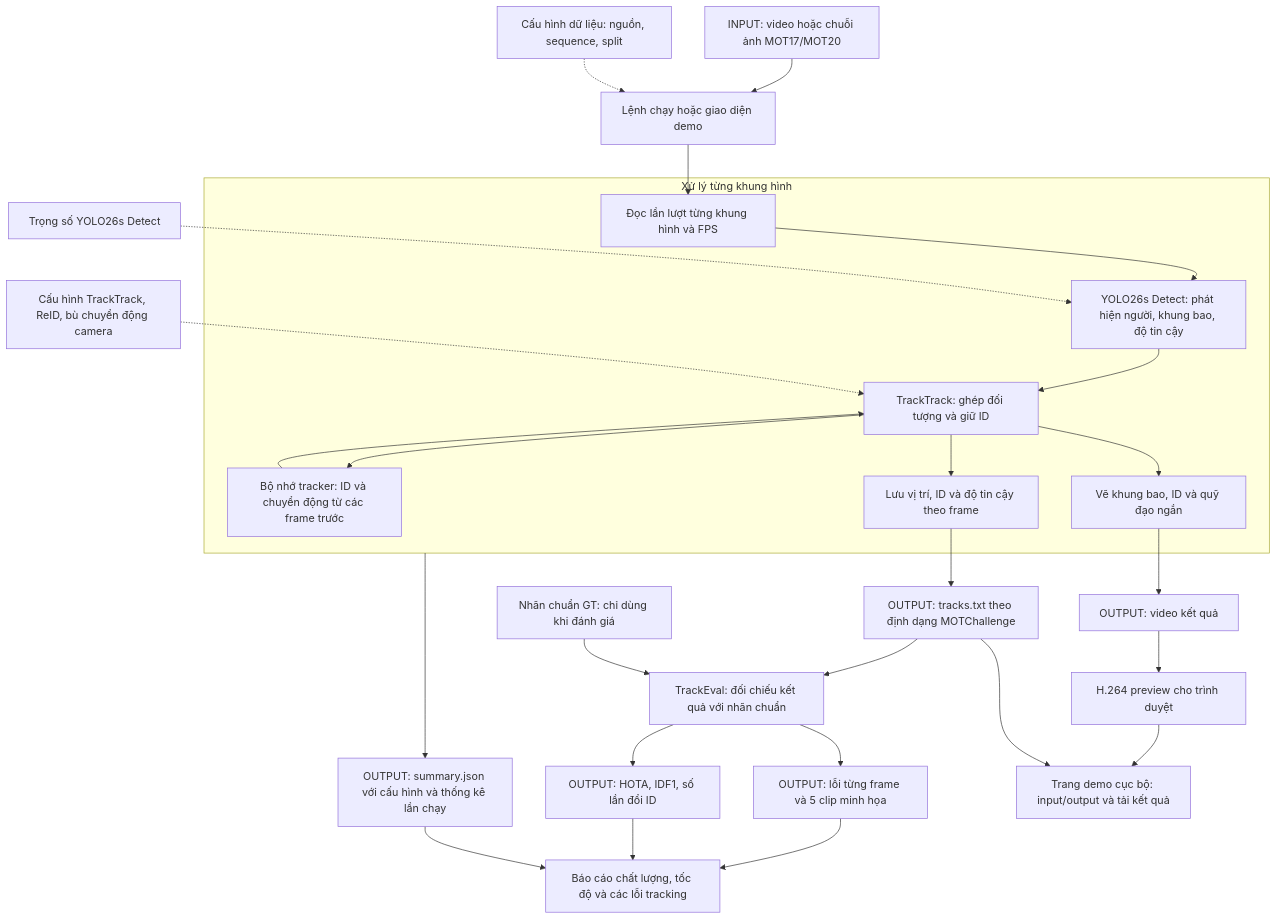
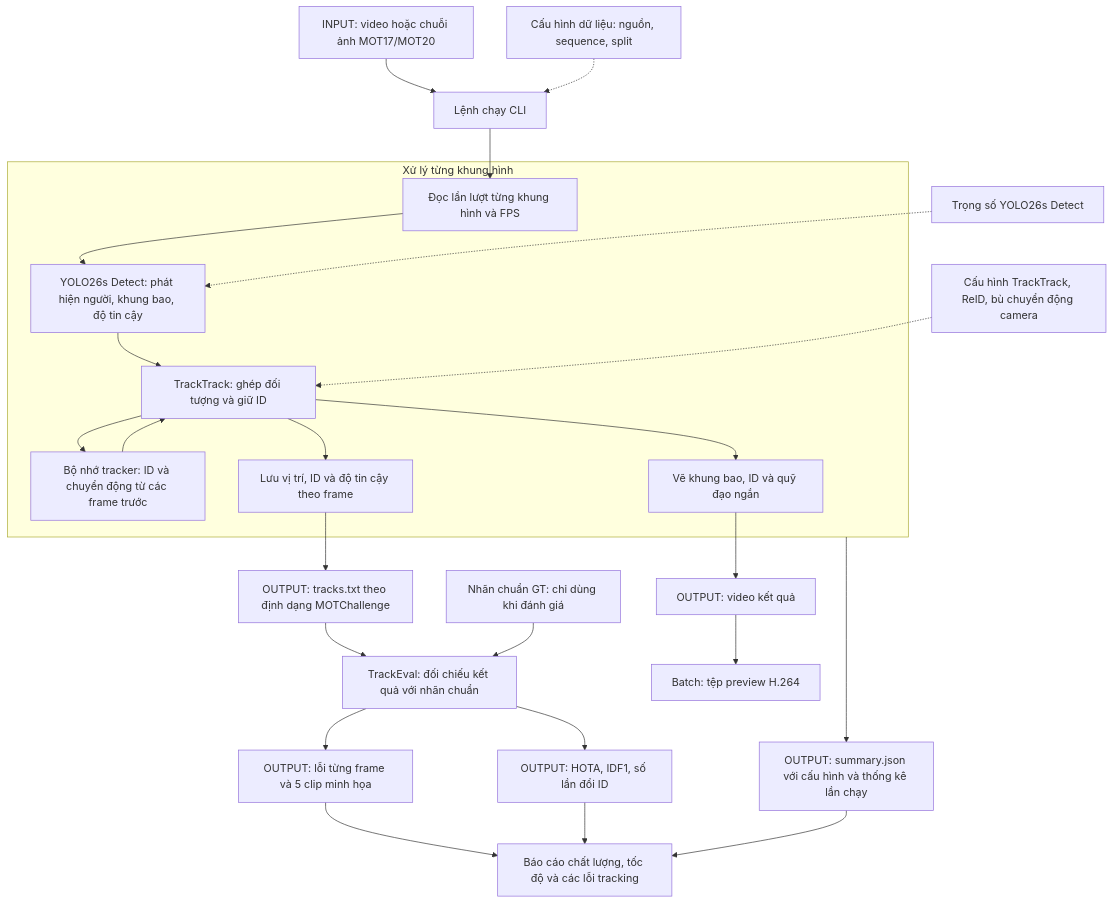
The second of 2 diagrams in docs/ARCHITECTURE.md (khanhhdt/FastMOT), drawn with Mermaid before and after one commit. The commit also changed other lines of this file and 40 other files, not shown here.

````diff
--- a/docs/ARCHITECTURE.md
+++ b/docs/ARCHITECTURE.md
@@ -38,32 +32,30 @@
 ```mermaid
 flowchart TD
-    IN["INPUT: video hoặc chuỗi ảnh MOT17/MOT20"] --> ENTRY["Lệnh chạy hoặc giao diện demo"]
+    IN["INPUT: video hoặc chuỗi ảnh MOT17/MOT20"] --> ENTRY["Lệnh chạy CLI"]
     DATA["Cấu hình dữ liệu: nguồn, sequence, split"] -.-> ENTRY
     ENTRY --> READ["Đọc lần lượt từng khung hình và FPS"]
 
     subgraph LOOP["Xử lý từng khung hình"]
         READ --> DET["YOLO26s Detect: phát hiện người, khung bao, độ tin cậy"]
         DET --> TRACK["TrackTrack: ghép đối tượng và giữ ID"]
         MEMORY["Bộ nhớ tracker: ID và chuyển động từ các frame trước"] --> TRACK
         TRACK --> MEMORY
         TRACK --> DRAW["Vẽ khung bao, ID và quỹ đạo ngắn"]
         TRACK --> EXPORT["Lưu vị trí, ID và độ tin cậy theo frame"]
     end
 
     WEIGHTS["Trọng số YOLO26s Detect"] -.-> DET
     CFG["Cấu hình TrackTrack, ReID, bù chuyển động camera"] -.-> TRACK
     DRAW --> VIDEO["OUTPUT: video kết quả"]
     EXPORT --> TXT["OUTPUT: tracks.txt theo định dạng MOTChallenge"]
     LOOP --> SUMMARY["OUTPUT: summary.json với cấu hình và thống kê lần chạy"]
 
     TXT --> EVAL["TrackEval: đối chiếu kết quả với nhãn chuẩn"]
     GT["Nhãn chuẩn GT: chỉ dùng khi đánh giá"] --> EVAL
     EVAL --> METRICS["OUTPUT: HOTA, IDF1, số lần đổi ID"]
     EVAL --> ERRORS["OUTPUT: lỗi từng frame và 5 clip minh họa"]
     ERRORS --> REPORT
     METRICS --> REPORT["Báo cáo chất lượng, tốc độ và các lỗi tracking"]
     SUMMARY --> REPORT
-    VIDEO --> PREVIEW["H.264 preview cho trình duyệt"]
-    PREVIEW --> DEMO["Trang demo cục bộ: input/output và tải kết quả"]
-    TXT --> DEMO
+    VIDEO --> PREVIEW["Batch: tệp preview H.264"]
 ```
````
